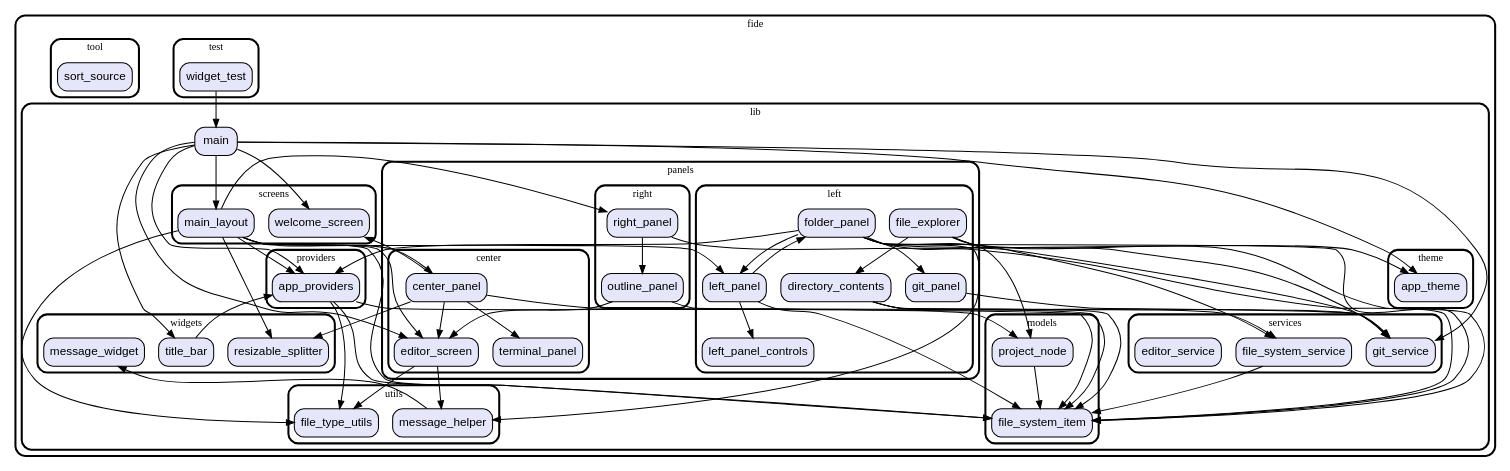
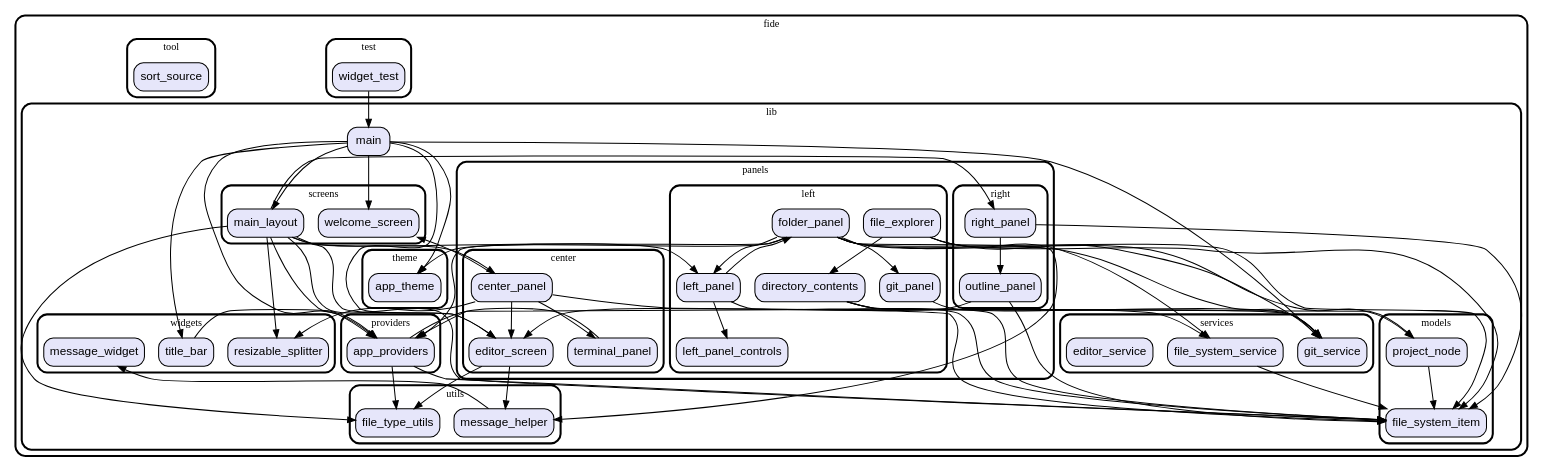
One commit to vteam-com/FIDE changed the diagram in graph.dot. Above: the diagram before and after it, drawn with Graphviz. The commit also changed 2 other files, not shown here.

Commit message:
Terminal root folder of Project

```diff
--- a/graph.dot
+++ b/graph.dot
@@ -1,159 +1,160 @@
 digraph "" {
   graph [style=rounded fontname="Arial Black" fontsize=13 penwidth=2.6];
   node [shape=rect style="filled,rounded" fontname=Arial fontsize=15 fillcolor=Lavender penwidth=1.3];
   edge [penwidth=1.3];
   "/test/widget_test.dart" [label="widget_test"];
   "/lib/providers/app_providers.dart" [label="app_providers"];
   "/lib/panels/right/outline_panel.dart" [label="outline_panel"];
   "/lib/panels/right/right_panel.dart" [label="right_panel"];
   "/lib/panels/center/editor_screen.dart" [label="editor_screen"];
   "/lib/panels/center/terminal_panel.dart" [label="terminal_panel"];
   "/lib/panels/center/center_panel.dart" [label="center_panel"];
   "/lib/panels/left/git_panel.dart" [label="git_panel"];
   "/lib/panels/left/left_panel_controls.dart" [label="left_panel_controls"];
   "/lib/panels/left/directory_contents.dart" [label="directory_contents"];
   "/lib/panels/left/folder_panel.dart" [label="folder_panel"];
   "/lib/panels/left/file_explorer.dart" [label="file_explorer"];
   "/lib/panels/left/left_panel.dart" [label="left_panel"];
   "/lib/utils/message_helper.dart" [label="message_helper"];
   "/lib/utils/file_type_utils.dart" [label="file_type_utils"];
   "/lib/models/project_node.dart" [label="project_node"];
   "/lib/models/file_system_item.dart" [label="file_system_item"];
   "/lib/screens/main_layout.dart" [label="main_layout"];
   "/lib/screens/welcome_screen.dart" [label="welcome_screen"];
   "/lib/main.dart" [label="main"];
   "/lib/theme/app_theme.dart" [label="app_theme"];
   "/lib/services/git_service.dart" [label="git_service"];
   "/lib/services/file_system_service.dart" [label="file_system_service"];
   "/lib/services/editor_service.dart" [label="editor_service"];
   "/lib/widgets/resizable_splitter.dart" [label="resizable_splitter"];
   "/lib/widgets/title_bar.dart" [label="title_bar"];
   "/lib/widgets/message_widget.dart" [label="message_widget"];
   "/tool/sort_source.dart" [label="sort_source"];
   subgraph "cluster~" {
     label="fide";
     subgraph "cluster~/test" {
       label="test";
       "/test/widget_test.dart";
     }
     subgraph "cluster~/lib" {
       label="lib";
       "/lib/main.dart";
       subgraph "cluster~/lib/providers" {
         label="providers";
         "/lib/providers/app_providers.dart";
       }
       subgraph "cluster~/lib/panels" {
         label="panels";
         subgraph "cluster~/lib/panels/right" {
           label="right";
           "/lib/panels/right/outline_panel.dart";
           "/lib/panels/right/right_panel.dart";
         }
         subgraph "cluster~/lib/panels/center" {
           label="center";
           "/lib/panels/center/editor_screen.dart";
           "/lib/panels/center/terminal_panel.dart";
           "/lib/panels/center/center_panel.dart";
         }
         subgraph "cluster~/lib/panels/left" {
           label="left";
           "/lib/panels/left/git_panel.dart";
           "/lib/panels/left/left_panel_controls.dart";
           "/lib/panels/left/directory_contents.dart";
           "/lib/panels/left/folder_panel.dart";
           "/lib/panels/left/file_explorer.dart";
           "/lib/panels/left/left_panel.dart";
         }
       }
       subgraph "cluster~/lib/utils" {
         label="utils";
         "/lib/utils/message_helper.dart";
         "/lib/utils/file_type_utils.dart";
       }
       subgraph "cluster~/lib/models" {
         label="models";
         "/lib/models/project_node.dart";
         "/lib/models/file_system_item.dart";
       }
       subgraph "cluster~/lib/screens" {
         label="screens";
         "/lib/screens/main_layout.dart";
         "/lib/screens/welcome_screen.dart";
       }
       subgraph "cluster~/lib/theme" {
         label="theme";
         "/lib/theme/app_theme.dart";
       }
       subgraph "cluster~/lib/services" {
         label="services";
         "/lib/services/git_service.dart";
         "/lib/services/file_system_service.dart";
         "/lib/services/editor_service.dart";
       }
       subgraph "cluster~/lib/widgets" {
         label="widgets";
         "/lib/widgets/resizable_splitter.dart";
         "/lib/widgets/title_bar.dart";
         "/lib/widgets/message_widget.dart";
       }
     }
     subgraph "cluster~/tool" {
       label="tool";
       "/tool/sort_source.dart";
     }
   }
   "/test/widget_test.dart" -> "/lib/main.dart";
   "/lib/providers/app_providers.dart" -> "/lib/models/file_system_item.dart";
   "/lib/providers/app_providers.dart" -> "/lib/models/project_node.dart";
   "/lib/providers/app_providers.dart" -> "/lib/utils/file_type_utils.dart";
   "/lib/panels/right/outline_panel.dart" -> "/lib/models/file_system_item.dart";
   "/lib/panels/right/outline_panel.dart" -> "/lib/panels/center/editor_screen.dart";
   "/lib/panels/right/right_panel.dart" -> "/lib/panels/right/outline_panel.dart";
   "/lib/panels/right/right_panel.dart" -> "/lib/models/file_system_item.dart";
   "/lib/panels/center/editor_screen.dart" -> "/lib/utils/message_helper.dart";
   "/lib/panels/center/editor_screen.dart" -> "/lib/utils/file_type_utils.dart";
+  "/lib/panels/center/terminal_panel.dart" -> "/lib/providers/app_providers.dart";
   "/lib/panels/center/center_panel.dart" -> "/lib/screens/welcome_screen.dart";
   "/lib/panels/center/center_panel.dart" -> "/lib/panels/center/editor_screen.dart";
   "/lib/panels/center/center_panel.dart" -> "/lib/panels/center/terminal_panel.dart";
   "/lib/panels/center/center_panel.dart" -> "/lib/widgets/resizable_splitter.dart";
   "/lib/panels/center/center_panel.dart" -> "/lib/models/file_system_item.dart";
   "/lib/panels/left/git_panel.dart" -> "/lib/services/git_service.dart";
   "/lib/panels/left/directory_contents.dart" -> "/lib/services/file_system_service.dart";
   "/lib/panels/left/directory_contents.dart" -> "/lib/services/git_service.dart";
   "/lib/panels/left/directory_contents.dart" -> "/lib/models/file_system_item.dart";
   "/lib/panels/left/folder_panel.dart" -> "/lib/models/project_node.dart";
   "/lib/panels/left/folder_panel.dart" -> "/lib/models/file_system_item.dart";
   "/lib/panels/left/folder_panel.dart" -> "/lib/services/git_service.dart";
   "/lib/panels/left/folder_panel.dart" -> "/lib/utils/message_helper.dart";
   "/lib/panels/left/folder_panel.dart" -> "/lib/panels/left/git_panel.dart";
   "/lib/panels/left/folder_panel.dart" -> "/lib/theme/app_theme.dart";
   "/lib/panels/left/folder_panel.dart" -> "/lib/panels/left/left_panel.dart";
   "/lib/panels/left/folder_panel.dart" -> "/lib/providers/app_providers.dart";
   "/lib/panels/left/file_explorer.dart" -> "/lib/services/file_system_service.dart";
   "/lib/panels/left/file_explorer.dart" -> "/lib/services/git_service.dart";
   "/lib/panels/left/file_explorer.dart" -> "/lib/models/file_system_item.dart";
   "/lib/panels/left/file_explorer.dart" -> "/lib/panels/left/directory_contents.dart";
   "/lib/panels/left/left_panel.dart" -> "/lib/panels/left/folder_panel.dart";
   "/lib/panels/left/left_panel.dart" -> "/lib/panels/left/left_panel_controls.dart";
   "/lib/panels/left/left_panel.dart" -> "/lib/models/file_system_item.dart";
   "/lib/utils/message_helper.dart" -> "/lib/widgets/message_widget.dart";
   "/lib/models/project_node.dart" -> "/lib/models/file_system_item.dart";
   "/lib/screens/main_layout.dart" -> "/lib/panels/center/editor_screen.dart";
   "/lib/screens/main_layout.dart" -> "/lib/providers/app_providers.dart";
   "/lib/screens/main_layout.dart" -> "/lib/models/file_system_item.dart";
   "/lib/screens/main_layout.dart" -> "/lib/utils/file_type_utils.dart";
   "/lib/screens/main_layout.dart" -> "/lib/widgets/resizable_splitter.dart";
   "/lib/screens/main_layout.dart" -> "/lib/panels/left/left_panel.dart";
   "/lib/screens/main_layout.dart" -> "/lib/panels/center/center_panel.dart";
   "/lib/screens/main_layout.dart" -> "/lib/panels/right/right_panel.dart";
   "/lib/main.dart" -> "/lib/providers/app_providers.dart";
   "/lib/main.dart" -> "/lib/screens/main_layout.dart";
   "/lib/main.dart" -> "/lib/widgets/title_bar.dart";
   "/lib/main.dart" -> "/lib/panels/center/editor_screen.dart";
   "/lib/main.dart" -> "/lib/screens/welcome_screen.dart";
   "/lib/main.dart" -> "/lib/services/git_service.dart";
   "/lib/main.dart" -> "/lib/theme/app_theme.dart";
   "/lib/services/file_system_service.dart" -> "/lib/models/file_system_item.dart";
   "/lib/widgets/title_bar.dart" -> "/lib/providers/app_providers.dart";
 }
```
